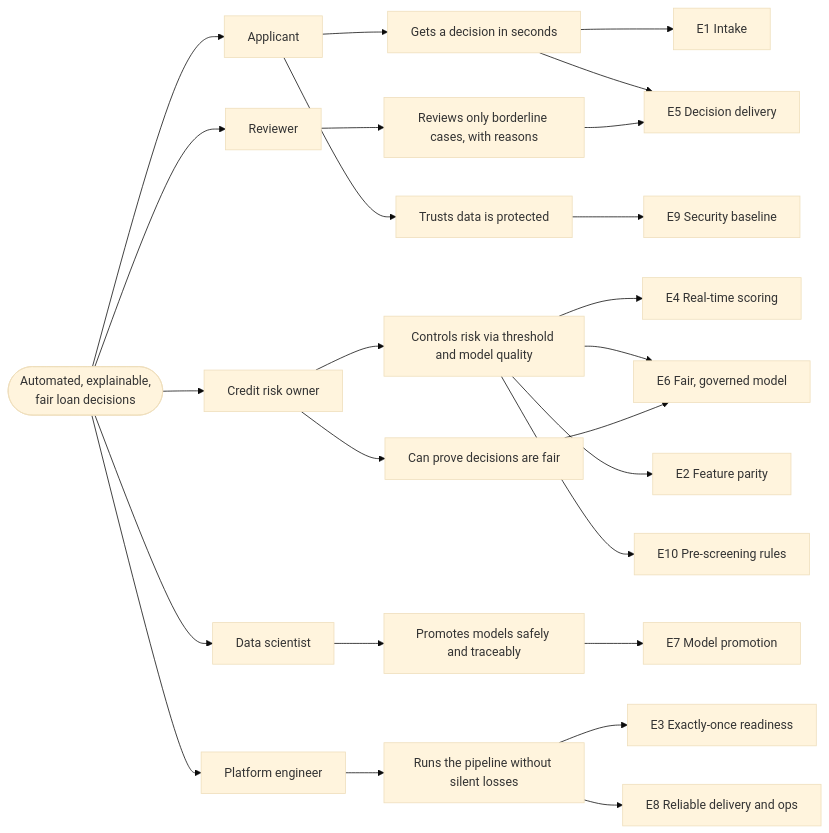
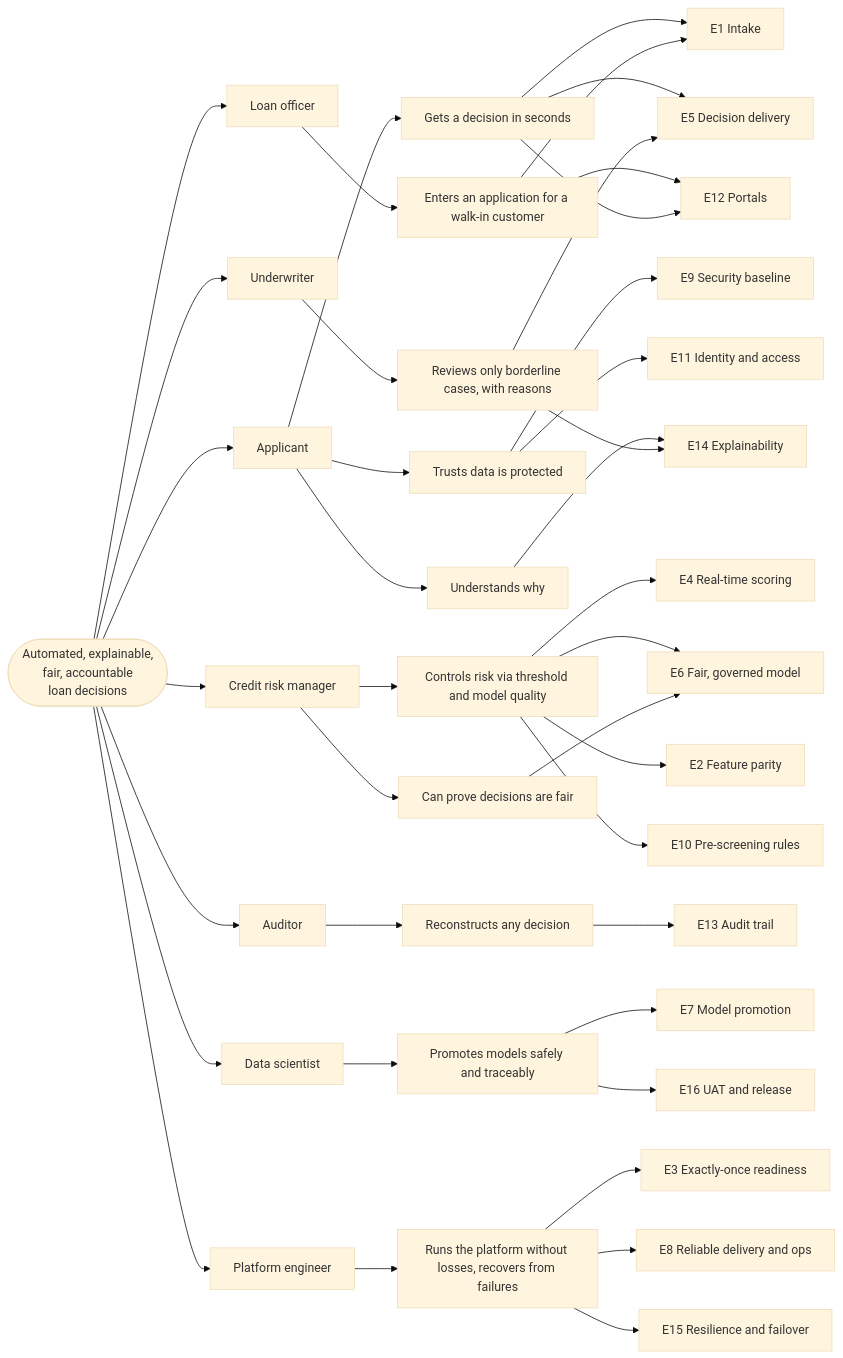
One commit to ngnquanq/credit-risk-ml-system changed the second of 2 diagrams in docs/01-business/business-outcomes.md. Above: the diagram before and after it, drawn with Mermaid (base theme). The commit also changed other lines of this file and 55 other files, not shown here.

First line of the commit message:
docs: plan release readiness (identity, portals, audit, XAI, failover, UAT)

````diff
--- a/docs/01-business/business-outcomes.md
+++ b/docs/01-business/business-outcomes.md
@@ -58,31 +69,45 @@
 ```mermaid
 flowchart LR
-    G([Automated, explainable,<br/>fair loan decisions])
+    G([Automated, explainable,<br/>fair, accountable<br/>loan decisions])
 
     G --> A1[Applicant]
-    G --> A2[Credit risk owner]
-    G --> A3[Reviewer]
+    G --> A8[Loan officer]
+    G --> A3[Underwriter]
+    G --> A2[Credit risk manager]
+    G --> A9[Auditor]
     G --> A4[Data scientist]
     G --> A5[Platform engineer]
 
     A1 --> I1[Gets a decision in seconds]
     A1 --> I7[Trusts data is protected]
+    A1 --> I8[Understands why]
+    A8 --> I9[Enters an application for a walk-in customer]
+    A3 --> I2[Reviews only borderline cases, with reasons]
     A2 --> I3[Controls risk via threshold and model quality]
     A2 --> I4[Can prove decisions are fair]
-    A3 --> I2[Reviews only borderline cases, with reasons]
+    A9 --> I10[Reconstructs any decision]
     A4 --> I6[Promotes models safely and traceably]
-    A5 --> I5[Runs the pipeline without silent losses]
+    A5 --> I5[Runs the platform without losses, recovers from failures]
 
     I1 --> E1[E1 Intake]
+    I9 --> E1
     I1 --> E5[E5 Decision delivery]
     I2 --> E5
     I3 --> E4[E4 Real-time scoring]
     I3 --> E6[E6 Fair, governed model]
     I4 --> E6
     I3 --> E2[E2 Feature parity]
     I5 --> E3[E3 Exactly-once readiness]
     I5 --> E8[E8 Reliable delivery and ops]
+    I5 --> E15[E15 Resilience and failover]
     I6 --> E7[E7 Model promotion]
+    I6 --> E16[E16 UAT and release]
     I7 --> E9[E9 Security baseline]
+    I7 --> E11[E11 Identity and access]
+    I9 --> E12[E12 Portals]
+    I1 --> E12
+    I8 --> E14[E14 Explainability]
+    I2 --> E14
+    I10 --> E13[E13 Audit trail]
     I3 --> E10[E10 Pre-screening rules]
 ```
````
